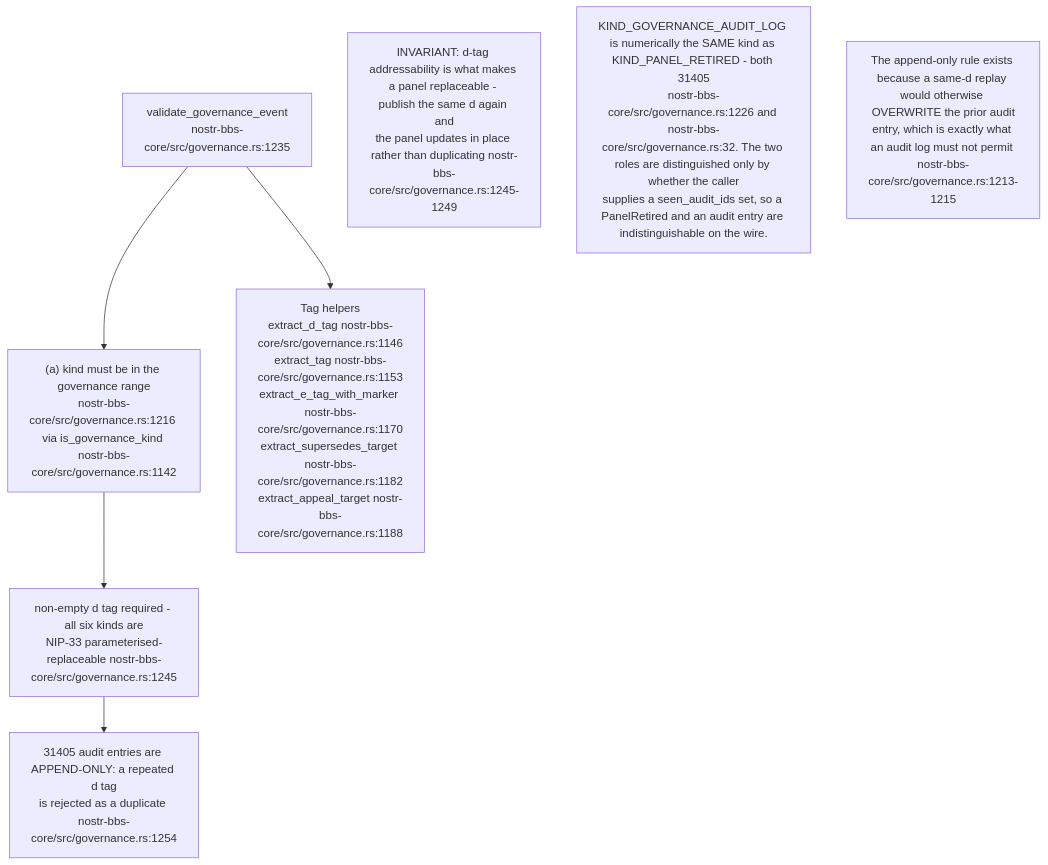
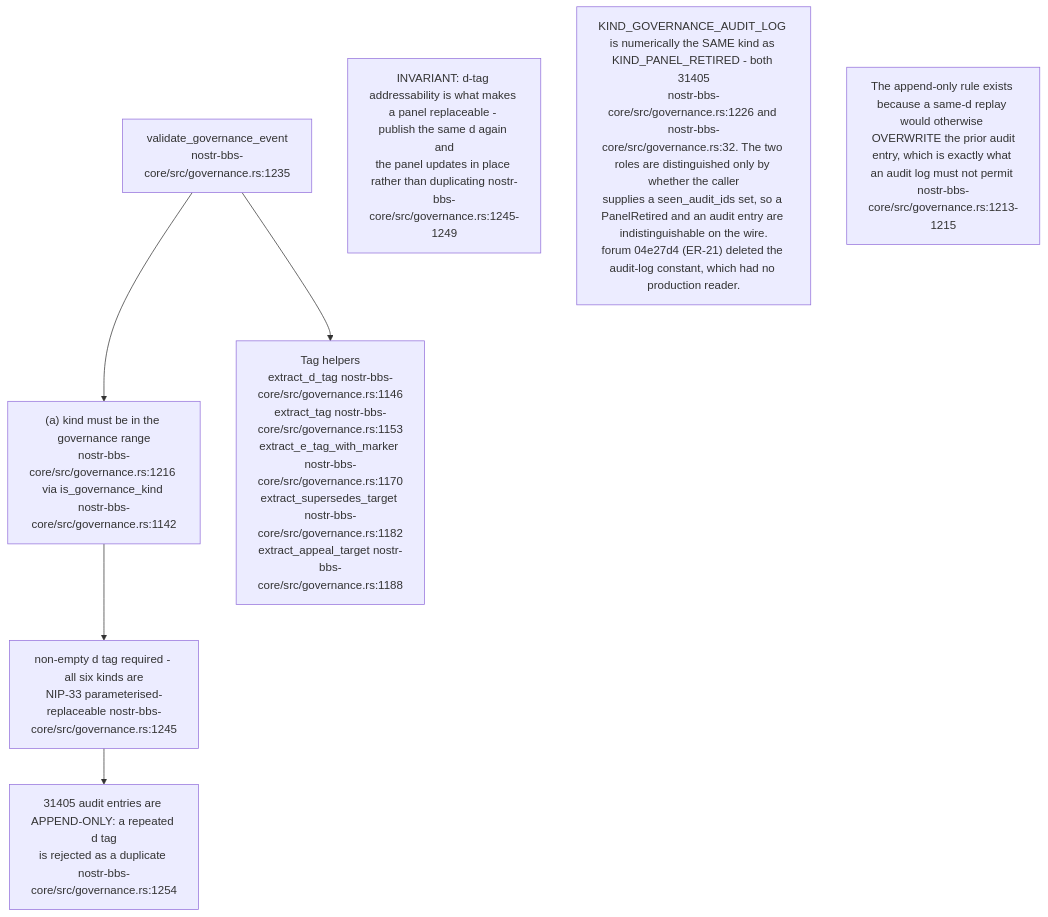
One commit to DreamLab-AI/VisionFlow changed the second of 16 diagrams in docs/diagrams/nostr-rust-forum/06-agent-control-surface-31400-31405.md. Above: the diagram before and after it, drawn with Mermaid. The commit also changed 4 other files, not shown here.

First line of the commit message:
docs(diagrams): VC-35 and VG-05 read their stamped commits; ER-18 and ER-21 recorded in OM-03, NF-06, NF-10

````diff
--- a/docs/diagrams/nostr-rust-forum/06-agent-control-surface-31400-31405.md
+++ b/docs/diagrams/nostr-rust-forum/06-agent-control-surface-31400-31405.md
@@ -68,15 +68,15 @@
 ```mermaid
 flowchart TB
     V["validate_governance_event<br/>nostr-bbs-core/src/governance.rs:1235"]
     K["(a) kind must be in the governance range<br/>nostr-bbs-core/src/governance.rs:1216 via is_governance_kind nostr-bbs-core/src/governance.rs:1142"]
     D["non-empty d tag required - all six kinds are<br/>NIP-33 parameterised-replaceable nostr-bbs-core/src/governance.rs:1245"]
     AUD["31405 audit entries are APPEND-ONLY: a repeated d tag<br/>is rejected as a duplicate nostr-bbs-core/src/governance.rs:1254"]
     HELP["Tag helpers<br/>extract_d_tag nostr-bbs-core/src/governance.rs:1146<br/>extract_tag nostr-bbs-core/src/governance.rs:1153<br/>extract_e_tag_with_marker nostr-bbs-core/src/governance.rs:1170<br/>extract_supersedes_target nostr-bbs-core/src/governance.rs:1182<br/>extract_appeal_target nostr-bbs-core/src/governance.rs:1188"]
 
     V --> K --> D --> AUD
     V --> HELP
 
     N1["INVARIANT: d-tag addressability is what makes a panel replaceable - publish the same d again and<br/>the panel updates in place rather than duplicating nostr-bbs-core/src/governance.rs:1245-1249"]
-    N2["KIND_GOVERNANCE_AUDIT_LOG is numerically the SAME kind as KIND_PANEL_RETIRED - both 31405<br/>nostr-bbs-core/src/governance.rs:1226 and nostr-bbs-core/src/governance.rs:32. The two roles are distinguished only by whether the caller<br/>supplies a seen_audit_ids set, so a PanelRetired and an audit entry are indistinguishable on the wire."]
+    N2["KIND_GOVERNANCE_AUDIT_LOG is numerically the SAME kind as KIND_PANEL_RETIRED - both 31405<br/>nostr-bbs-core/src/governance.rs:1226 and nostr-bbs-core/src/governance.rs:32. The two roles are distinguished only by whether the caller<br/>supplies a seen_audit_ids set, so a PanelRetired and an audit entry are indistinguishable on the wire.<br/>forum 04e27d4 (ER-21) deleted the audit-log constant, which had no production reader."]
     N3["The append-only rule exists because a same-d replay would otherwise OVERWRITE the prior audit<br/>entry, which is exactly what an audit log must not permit nostr-bbs-core/src/governance.rs:1213-1215"]
 ```
````
